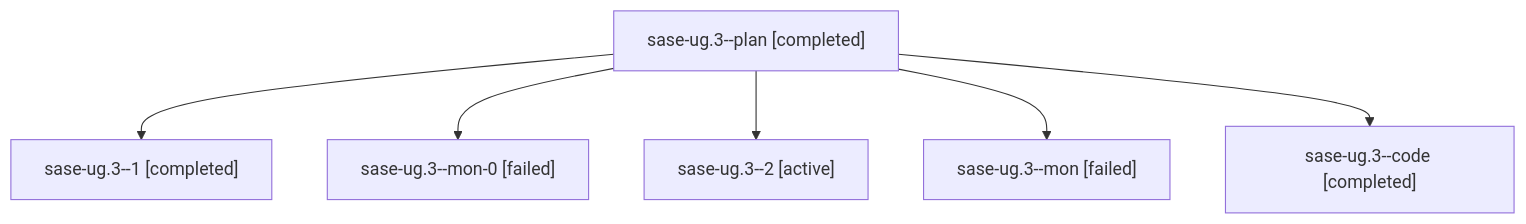
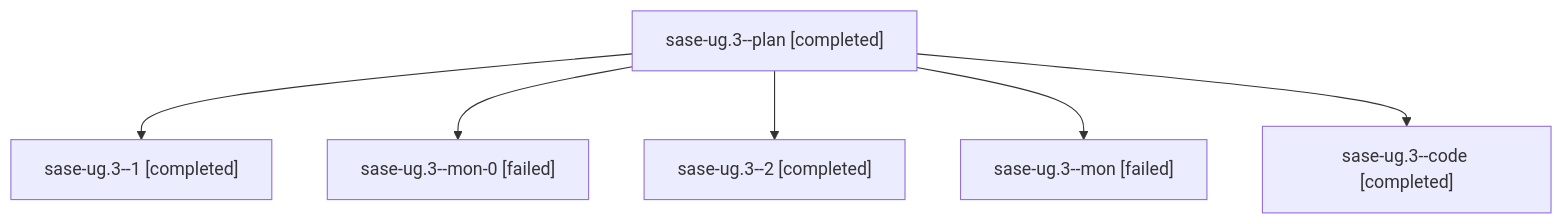
One commit to sase-org/sase--agents changed the diagram in families/bbugyi200.athena.sase-ug.3.md. Above: the diagram before and after it, drawn with Mermaid. The commit also changed other lines of this file and 122 other files, not shown here.

````diff
--- a/families/bbugyi200.athena.sase-ug.3.md
+++ b/families/bbugyi200.athena.sase-ug.3.md
@@ -9,14 +9,14 @@
 ```mermaid
 flowchart TD
   n0["sase-ug.3--plan [completed]"]
   n1["sase-ug.3--1 [completed]"]
   n0 --> n1
   n2["sase-ug.3--mon-0 [failed]"]
   n0 --> n2
-  n3["sase-ug.3--2 [active]"]
+  n3["sase-ug.3--2 [completed]"]
   n0 --> n3
   n4["sase-ug.3--mon [failed]"]
   n0 --> n4
   n5["sase-ug.3--code [completed]"]
   n0 --> n5
 ```
````
